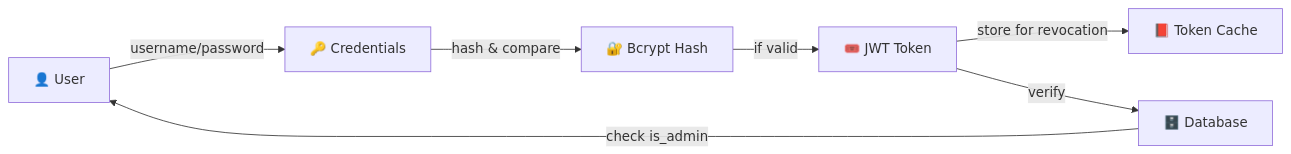
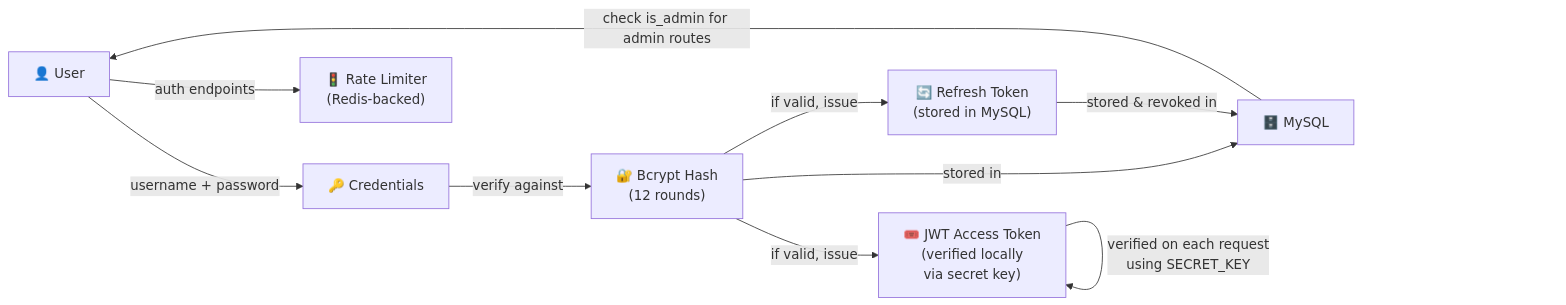
The fourth of 4 diagrams in ARCHITECTURE.md (fara77ezma/Leader-Board-Real-Time-System), drawn with Mermaid before and after one commit. The commit also changed other lines of this file and 6 other files, not shown here.

Commit message:
Revise architecture document for clarity and accuracy (#8)

````diff
--- a/ARCHITECTURE.md
+++ b/ARCHITECTURE.md
@@ -131,16 +141,20 @@
 ```mermaid
 graph LR
     User["👤 User"]
     Creds["🔑 Credentials"]
-    Hash["🔐 Bcrypt Hash"]
-    JWT["🎟️ JWT Token"]
-    Redis["📕 Token Cache"]
-    DB["🗄️ Database"]
-    
-    User -->|username/password| Creds
-    Creds -->|hash & compare| Hash
-    Hash -->|if valid| JWT
-    JWT -->|store for revocation| Redis
-    JWT -->|verify| DB
-    DB -->|check is_admin| User
+    Hash["🔐 Bcrypt Hash\n(12 rounds)"]
+    JWT["🎟️ JWT Access Token\n(verified locally\nvia secret key)"]
+    RT["🔄 Refresh Token\n(stored in MySQL)"]
+    DB["🗄️ MySQL"]
+    RL["🚦 Rate Limiter\n(Redis-backed)"]
+
+    User -->|username + password| Creds
+    Creds -->|verify against| Hash
+    Hash -->|stored in| DB
+    Hash -->|if valid, issue| JWT
+    Hash -->|if valid, issue| RT
+    RT -->|stored & revoked in| DB
+    JWT -->|verified on each request\nusing SECRET_KEY| JWT
+    DB -->|check is_admin for admin routes| User
+    User -->|auth endpoints| RL
 ```
````
